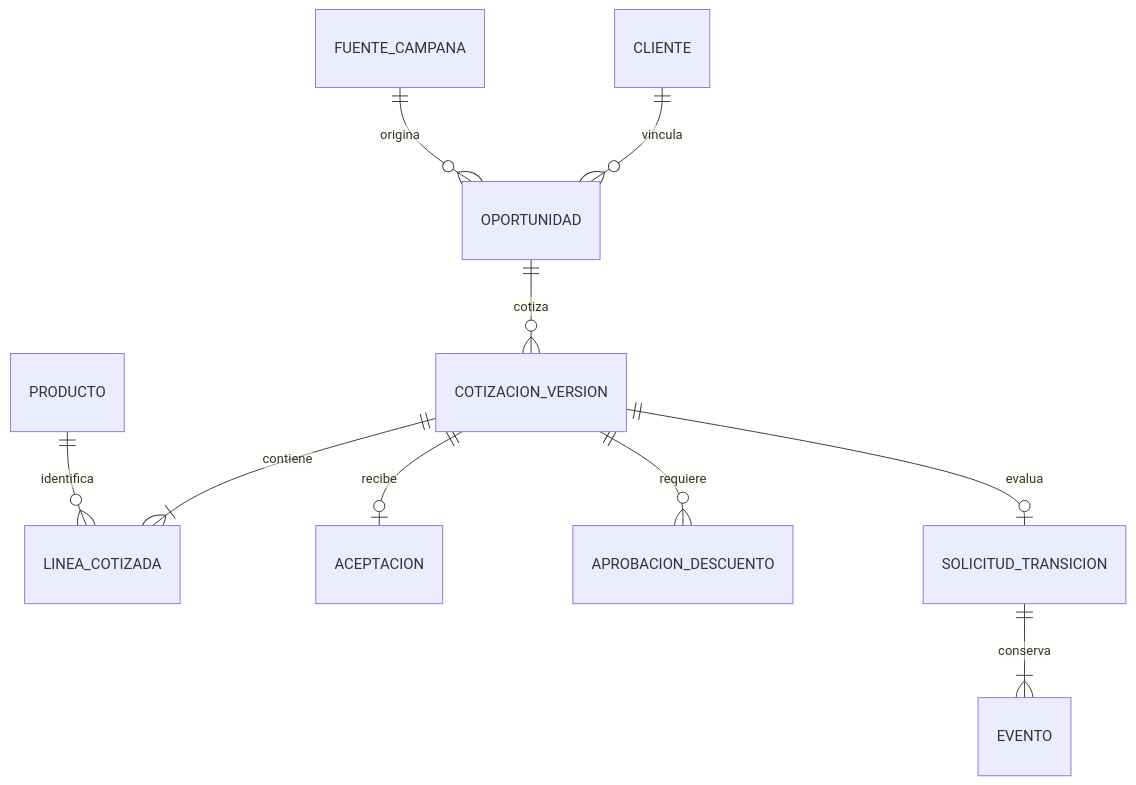
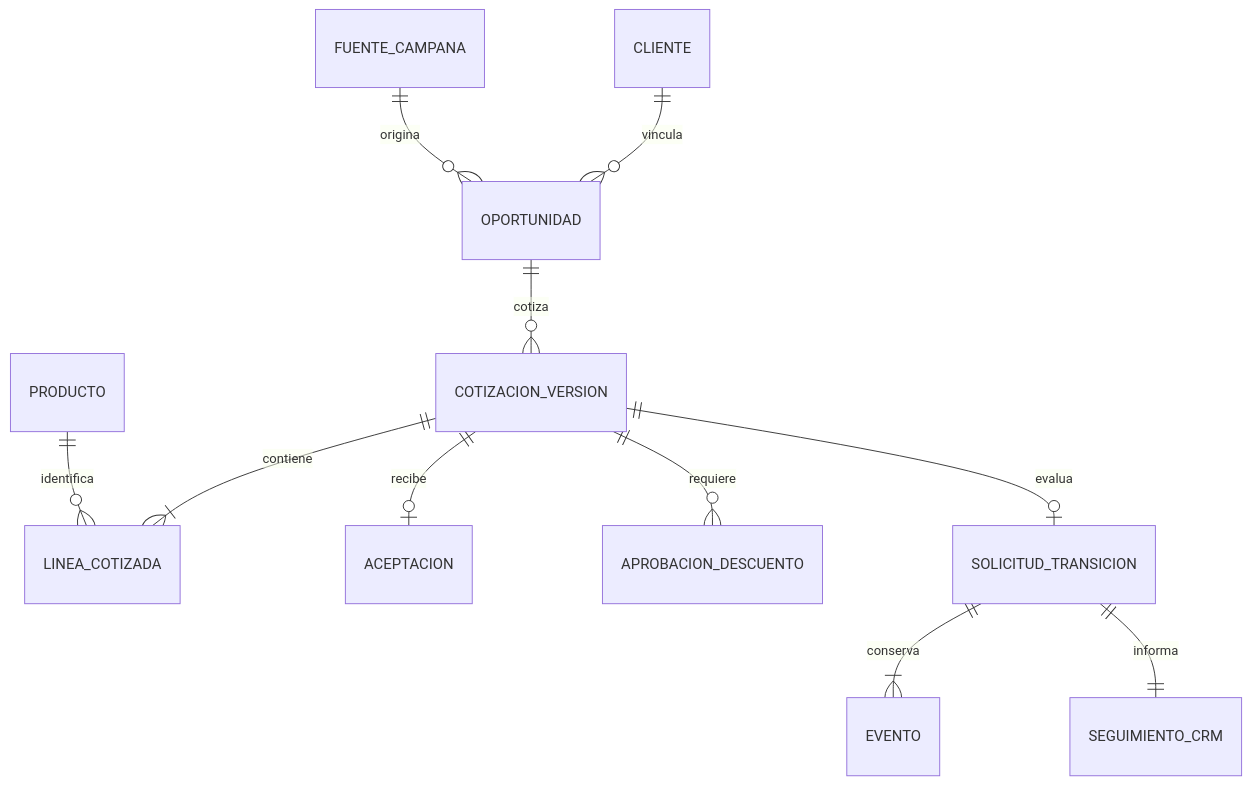
The diagram in datos/pc2-modelo-y-controles.md (jharopr/ERP-SIE), drawn with Mermaid before and after one commit. The commit also changed other lines of this file and 36 other files, not shown here.

````diff
--- a/datos/pc2-modelo-y-controles.md
+++ b/datos/pc2-modelo-y-controles.md
@@ -7,12 +7,13 @@
 ```mermaid
 erDiagram
     CLIENTE ||--o{ OPORTUNIDAD : vincula
     FUENTE_CAMPANA ||--o{ OPORTUNIDAD : origina
     OPORTUNIDAD ||--o{ COTIZACION_VERSION : cotiza
     COTIZACION_VERSION ||--|{ LINEA_COTIZADA : contiene
     PRODUCTO ||--o{ LINEA_COTIZADA : identifica
     COTIZACION_VERSION ||--o| ACEPTACION : recibe
     COTIZACION_VERSION ||--o{ APROBACION_DESCUENTO : requiere
     COTIZACION_VERSION ||--o| SOLICITUD_TRANSICION : evalua
     SOLICITUD_TRANSICION ||--|{ EVENTO : conserva
+    SOLICITUD_TRANSICION ||--|| SEGUIMIENTO_CRM : informa
 ```
````
